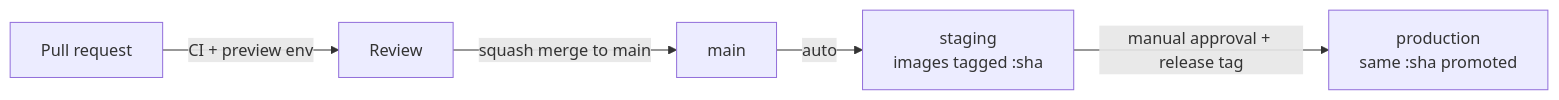
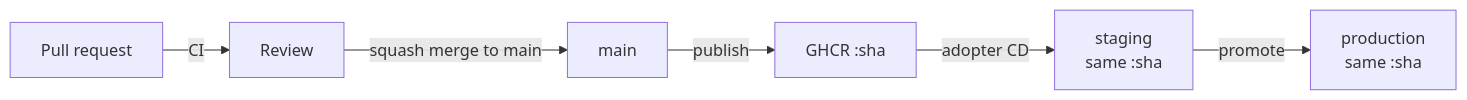
One commit to jleveneur/nextjs-boilerplate changed the second of 2 diagrams in docs/architecture/11-infrastructure-and-deployment.md. Above: the diagram before and after it, drawn with Mermaid. The commit also changed other lines of this file and 24 other files, not shown here.

````diff
--- a/docs/architecture/11-infrastructure-and-deployment.md
+++ b/docs/architecture/11-infrastructure-and-deployment.md
@@ -216,7 +194,8 @@
 ```mermaid
 flowchart LR
-    PR["Pull request"] -->|"CI + preview env"| REV["Review"]
+    PR["Pull request"] -->|"CI"| REV["Review"]
     REV -->|"squash merge to main"| MAIN["main"]
-    MAIN -->|"auto"| STG["staging<br/>images tagged :sha"]
-    STG -->|"manual approval + release tag"| PRD["production<br/>same :sha promoted"]
+    MAIN -->|"publish"| REG["GHCR :sha"]
+    REG -->|"adopter CD"| STG["staging<br/>same :sha"]
+    STG -->|"promote"| PRD["production<br/>same :sha"]
 ```
````
